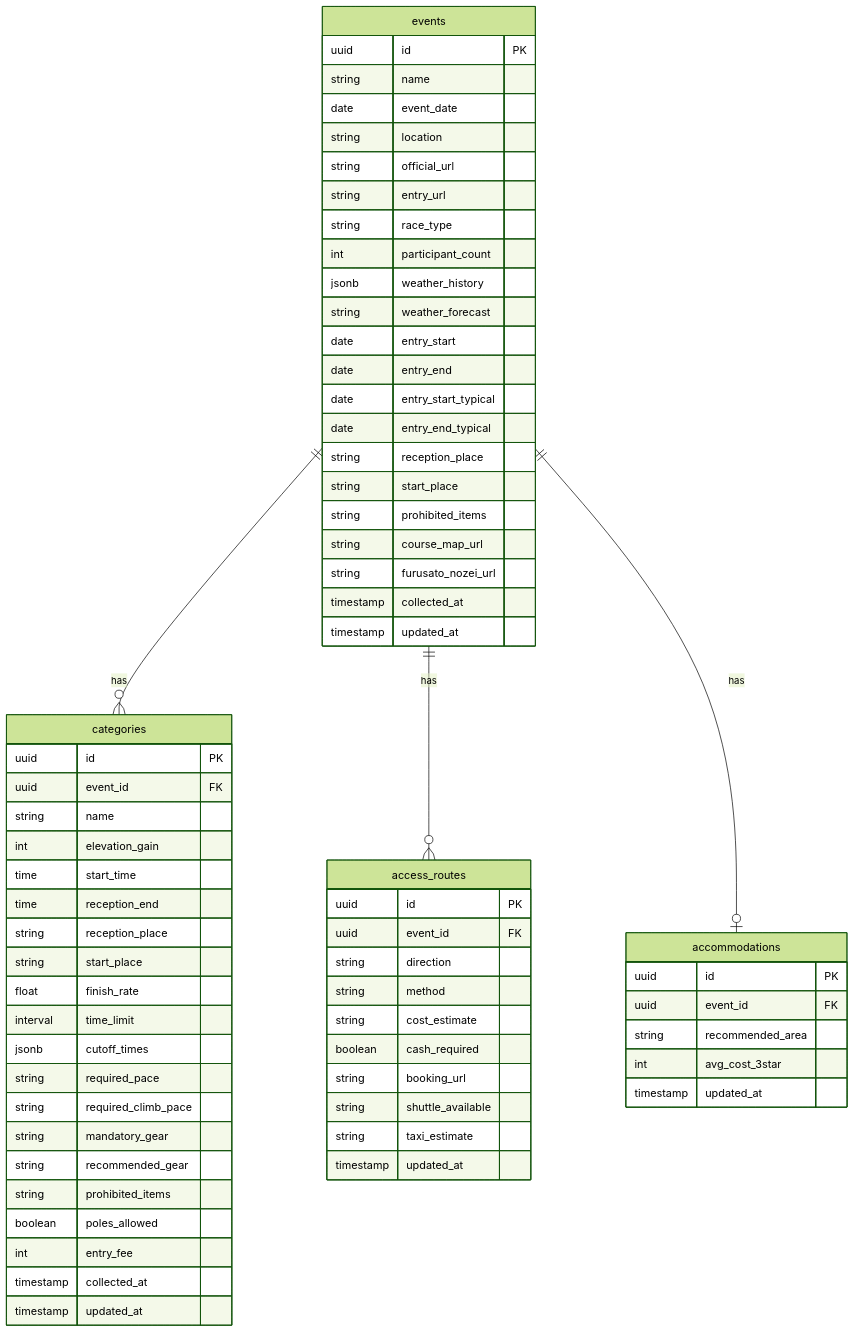
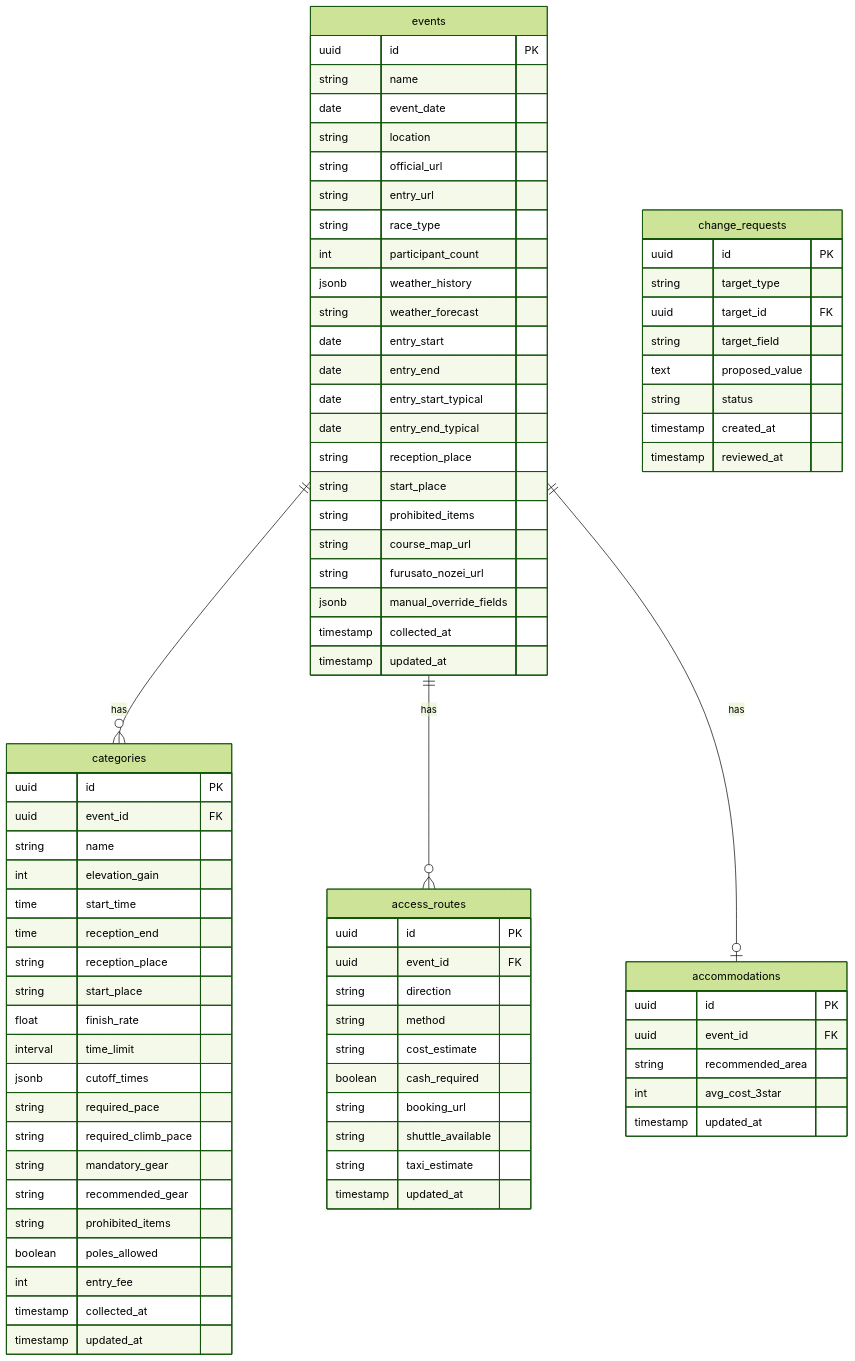
The first of 2 diagrams in docs/SPEC_DATA_STRUCTURE.md (bokuno-studio/YabaiTravel), drawn with Mermaid (forest theme) before and after one commit. The commit also changed other lines of this file and 2 other files, not shown here.

Commit message:
docs: 課金・変更リクエスト仕様を追加
- SPEC_BILLING_AND_CHANGE_REQUESTS.md: 課金ユーザーの変更リクエスト、承認後は自動更新対象外
- コミュニティノート的な運用
- 個人情報は一切持たない原則
- change_requests テーブル、manual_override_fields をデータ構造に追加

Made-with: Cursor

````diff
--- a/docs/SPEC_DATA_STRUCTURE.md
+++ b/docs/SPEC_DATA_STRUCTURE.md
@@ -29,6 +29,7 @@
         string prohibited_items
         string course_map_url
         string furusato_nozei_url
+        jsonb manual_override_fields
         timestamp collected_at
         timestamp updated_at
     }
@@ -79,4 +80,15 @@
         int avg_cost_3star
         timestamp updated_at
     }
+    
+    change_requests {
+        uuid id PK
+        string target_type
+        uuid target_id FK
+        string target_field
+        text proposed_value
+        string status
+        timestamp created_at
+        timestamp reviewed_at
+    }
 ```
````
